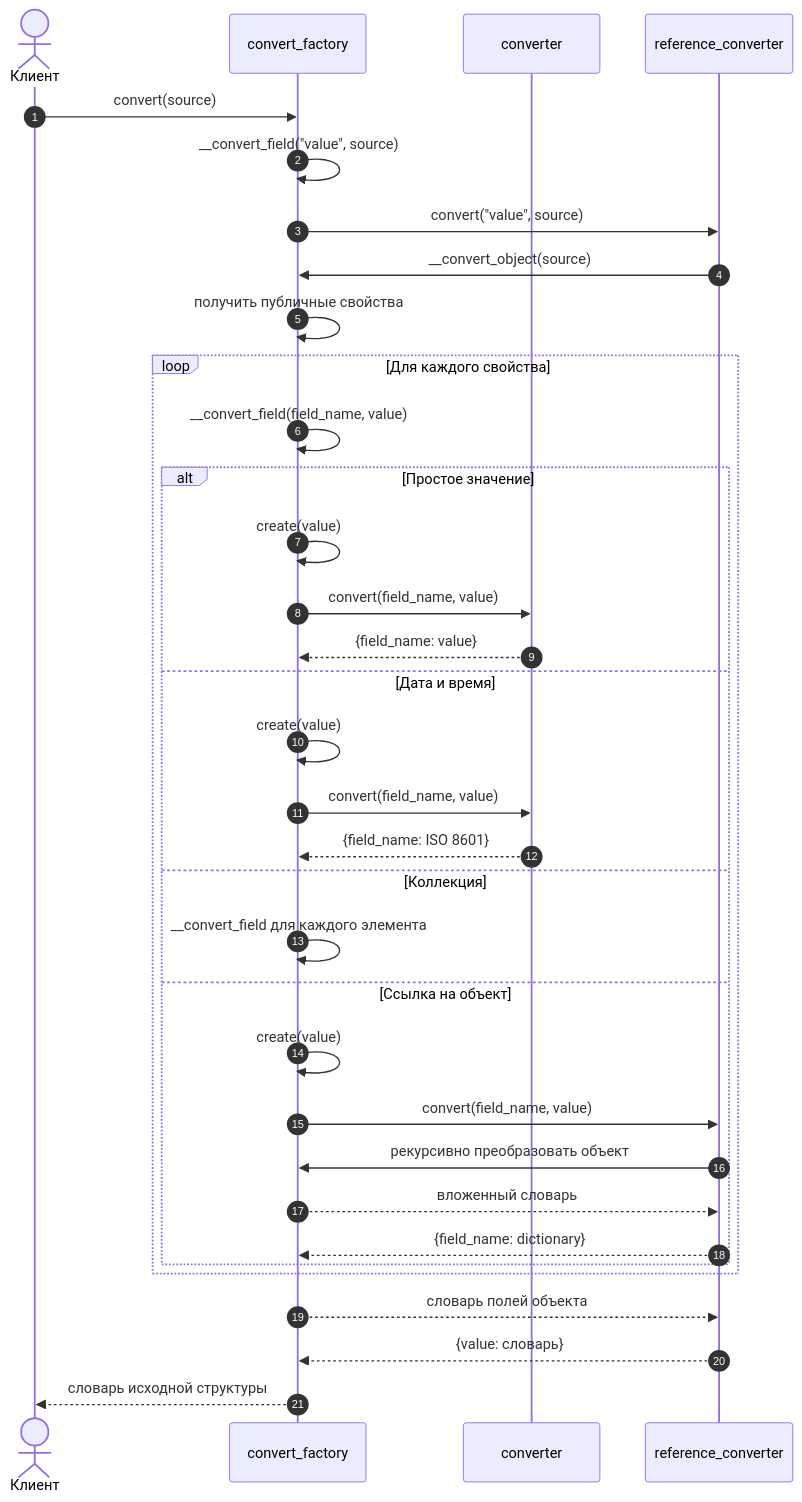
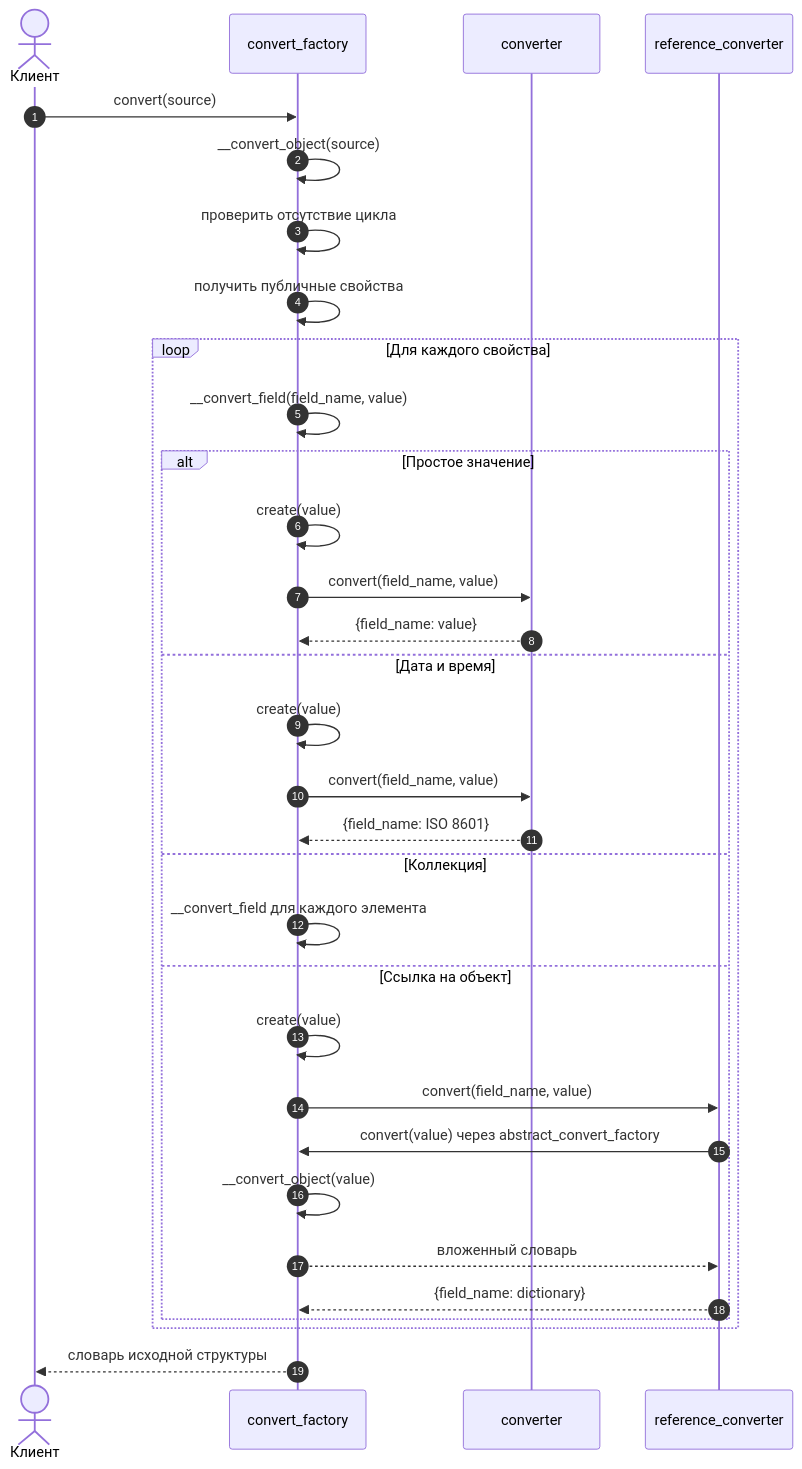
One commit to NikShep21/patterns2026 changed the second of 2 diagrams in Docs/UML/Converters.md. Above: the diagram before and after it, drawn with Mermaid. The commit also changed other lines of this file and 5 other files, not shown here.

Commit message:
add abstract conversion factory

````diff
--- a/Docs/UML/Converters.md
+++ b/Docs/UML/Converters.md
@@ -54,40 +62,38 @@
 ```mermaid
 sequenceDiagram
     autonumber
     actor Client as Клиент
     participant Factory as convert_factory
     participant Converter as converter
     participant Reference as reference_converter
 
     Client->>Factory: convert(source)
-    Factory->>Factory: __convert_field("value", source)
-    Factory->>Reference: convert("value", source)
-    Reference->>Factory: __convert_object(source)
+    Factory->>Factory: __convert_object(source)
+    Factory->>Factory: проверить отсутствие цикла
     Factory->>Factory: получить публичные свойства
 
     loop Для каждого свойства
         Factory->>Factory: __convert_field(field_name, value)
 
         alt Простое значение
             Factory->>Factory: create(value)
             Factory->>Converter: convert(field_name, value)
             Converter-->>Factory: {field_name: value}
         else Дата и время
             Factory->>Factory: create(value)
             Factory->>Converter: convert(field_name, value)
             Converter-->>Factory: {field_name: ISO 8601}
         else Коллекция
             Factory->>Factory: __convert_field для каждого элемента
         else Ссылка на объект
             Factory->>Factory: create(value)
             Factory->>Reference: convert(field_name, value)
-            Reference->>Factory: рекурсивно преобразовать объект
+            Reference->>Factory: convert(value) через abstract_convert_factory
+            Factory->>Factory: __convert_object(value)
             Factory-->>Reference: вложенный словарь
             Reference-->>Factory: {field_name: dictionary}
         end
     end
 
-    Factory-->>Reference: словарь полей объекта
-    Reference-->>Factory: {value: словарь}
     Factory-->>Client: словарь исходной структуры
 ```
````
